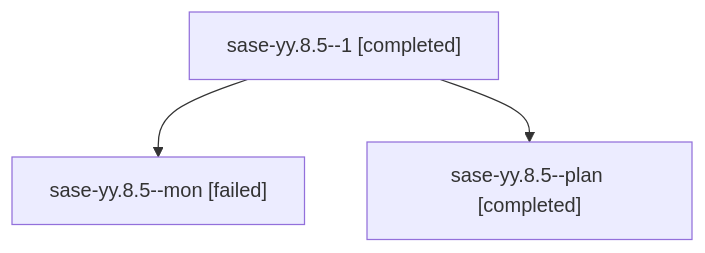
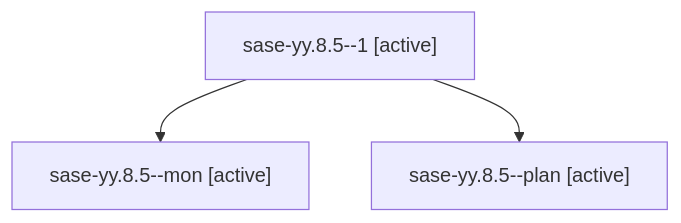
The diagram in families/bbugyi200.athena.sase-yy.8.5.md (sase-org/sase--agents), drawn with Mermaid before and after one commit. The commit also changed other lines of this file and 35830 other files, not shown here.

````diff
--- a/families/bbugyi200.athena.sase-yy.8.5.md
+++ b/families/bbugyi200.athena.sase-yy.8.5.md
@@ -9,8 +9,8 @@
 ```mermaid
 flowchart TD
-  n0["sase-yy.8.5--1 [completed]"]
-  n1["sase-yy.8.5--mon [failed]"]
+  n0["sase-yy.8.5--1 [active]"]
+  n1["sase-yy.8.5--mon [active]"]
   n0 --> n1
-  n2["sase-yy.8.5--plan [completed]"]
+  n2["sase-yy.8.5--plan [active]"]
   n0 --> n2
 ```
````
